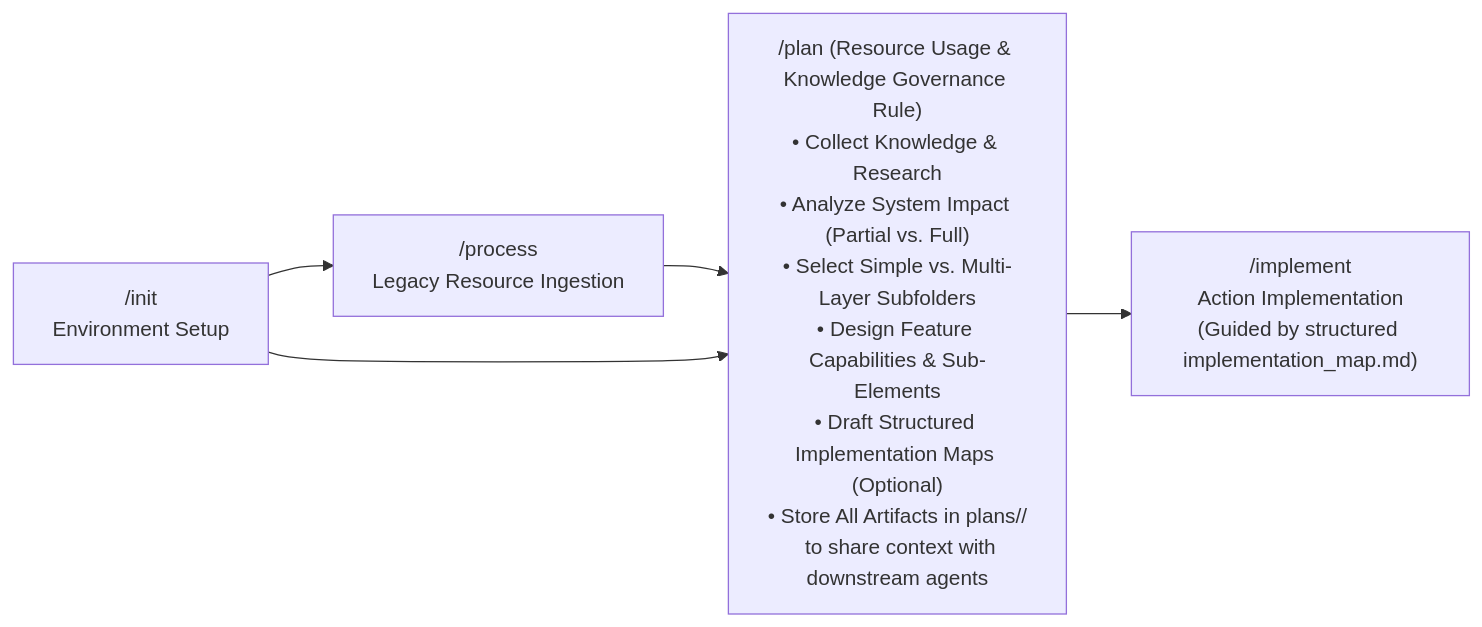
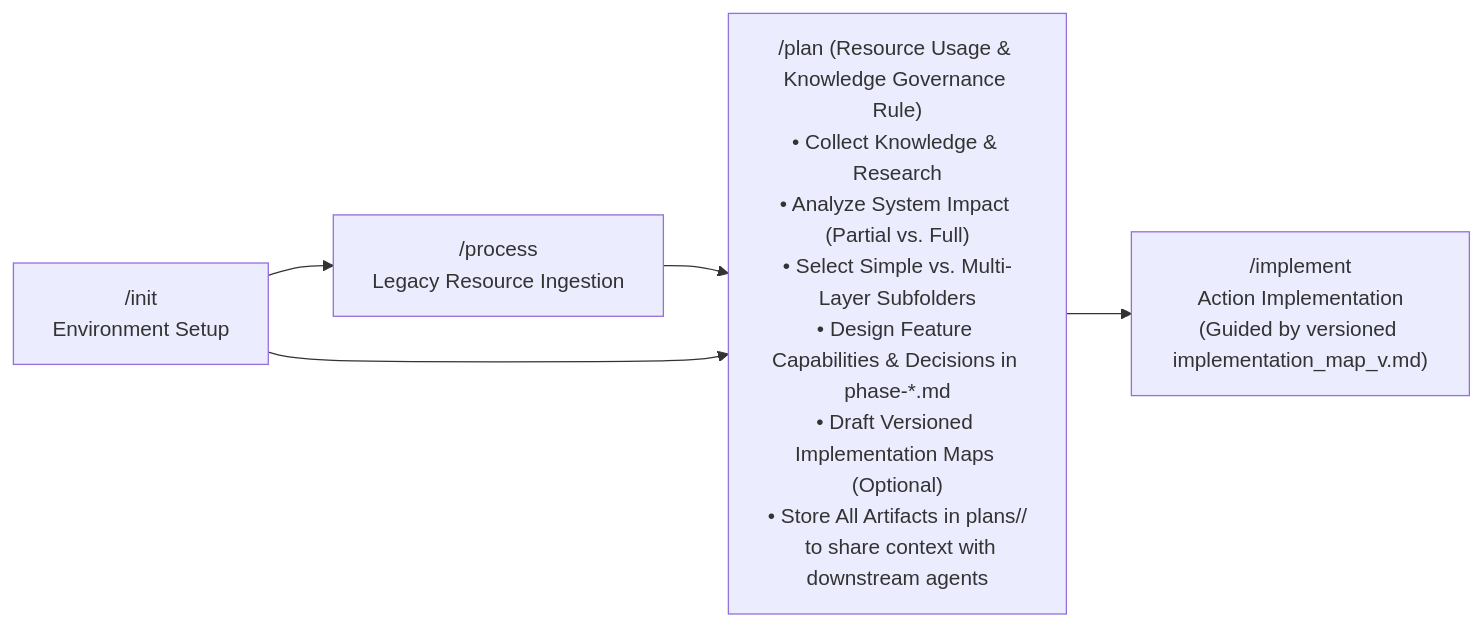
One commit to hrvthgergo/agent-driven-templates changed the first of 3 diagrams in fullstack_software_dev/plan/plan_workflow.md. Above: the diagram before and after it, drawn with Mermaid. The commit also changed other lines of this file and 2 other files, not shown here.

Commit message:
docs(plan): embed decisions in phase-*.md blueprints and enforce version-based implementation map naming

````diff
--- a/fullstack_software_dev/plan/plan_workflow.md
+++ b/fullstack_software_dev/plan/plan_workflow.md
@@ -11,7 +11,7 @@
 ```mermaid
 graph LR
     Init["/init<br/>Environment Setup"] --> ProcHist["/process<br/>Legacy Resource Ingestion"]
-    ProcHist --> Plan["/plan (Resource Usage & Knowledge Governance Rule)<br/>• Collect Knowledge & Research<br/>• Analyze System Impact (Partial vs. Full)<br/>• Select Simple vs. Multi-Layer Subfolders<br/>• Design Feature Capabilities & Sub-Elements<br/>• Draft Structured Implementation Maps (Optional)<br/>• Store All Artifacts in plans/<feature-name>/<br/>  to share context with downstream agents"]
+    ProcHist --> Plan["/plan (Resource Usage & Knowledge Governance Rule)<br/>• Collect Knowledge & Research<br/>• Analyze System Impact (Partial vs. Full)<br/>• Select Simple vs. Multi-Layer Subfolders<br/>• Design Feature Capabilities & Decisions in phase-*.md<br/>• Draft Versioned Implementation Maps (Optional)<br/>• Store All Artifacts in plans/<feature-name>/<br/>  to share context with downstream agents"]
     Init --> Plan
-    Plan --> Implement["/implement<br/>Action Implementation<br/>(Guided by structured implementation_map.md)"]
+    Plan --> Implement["/implement<br/>Action Implementation<br/>(Guided by versioned implementation_map_v<version>.md)"]
 ```
````
